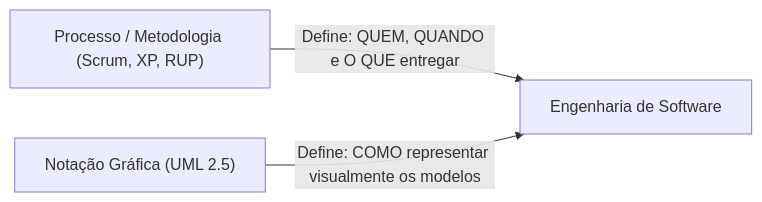
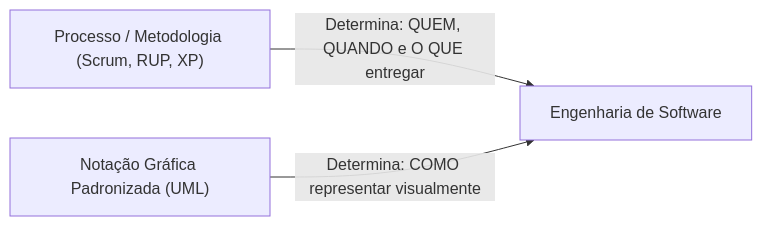
One commit to murilolol/unifef changed diagram 16 of 29 in 4º Semestre/[Prof. Wesley Soares] Engenharia de Software II/Resumos-IA/Simulados-Comentados.md. Above: the diagram before and after it, drawn with Mermaid. The commit also changed other lines of this file and 40 other files, not shown here.

````diff
--- a/4º Semestre/[Prof. Wesley Soares] Engenharia de Software II/Resumos-IA/Simulados-Comentados.md
+++ b/4º Semestre/[Prof. Wesley Soares] Engenharia de Software II/Resumos-IA/Simulados-Comentados.md
@@ -777,5 +730,5 @@
 ```mermaid
 flowchart LR
- P["Processo / Metodologia (Scrum, XP, RUP)"] -->|Define: QUEM, QUANDO e O QUE entregar| E["Engenharia de Software"]
- N["Notação Gráfica (UML 2.5)"] -->|Define: COMO representar visualmente os modelos| E
+ Processo["Processo / Metodologia (Scrum, RUP, XP)"] -->|"Determina: QUEM, QUANDO e O QUE entregar"| Eng["Engenharia de Software"]
+ Notacao["Notação Gráfica Padronizada (UML)"] -->|"Determina: COMO representar visualmente"| Eng
 ```
````
